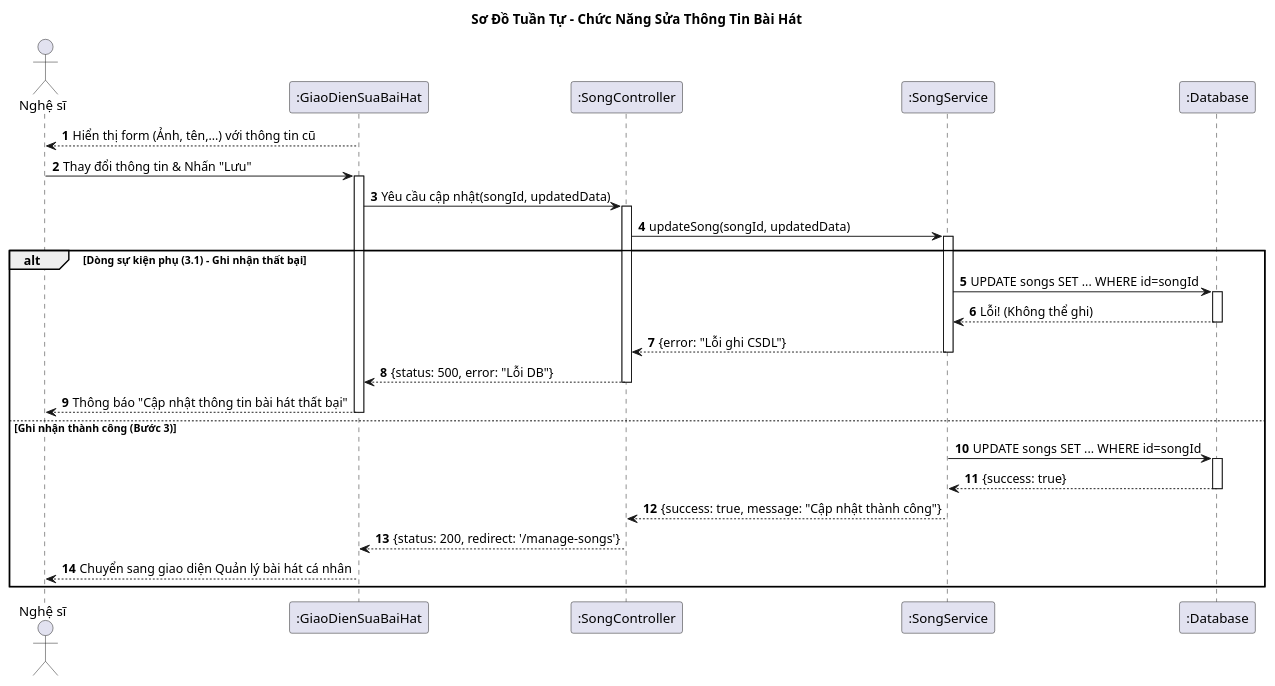
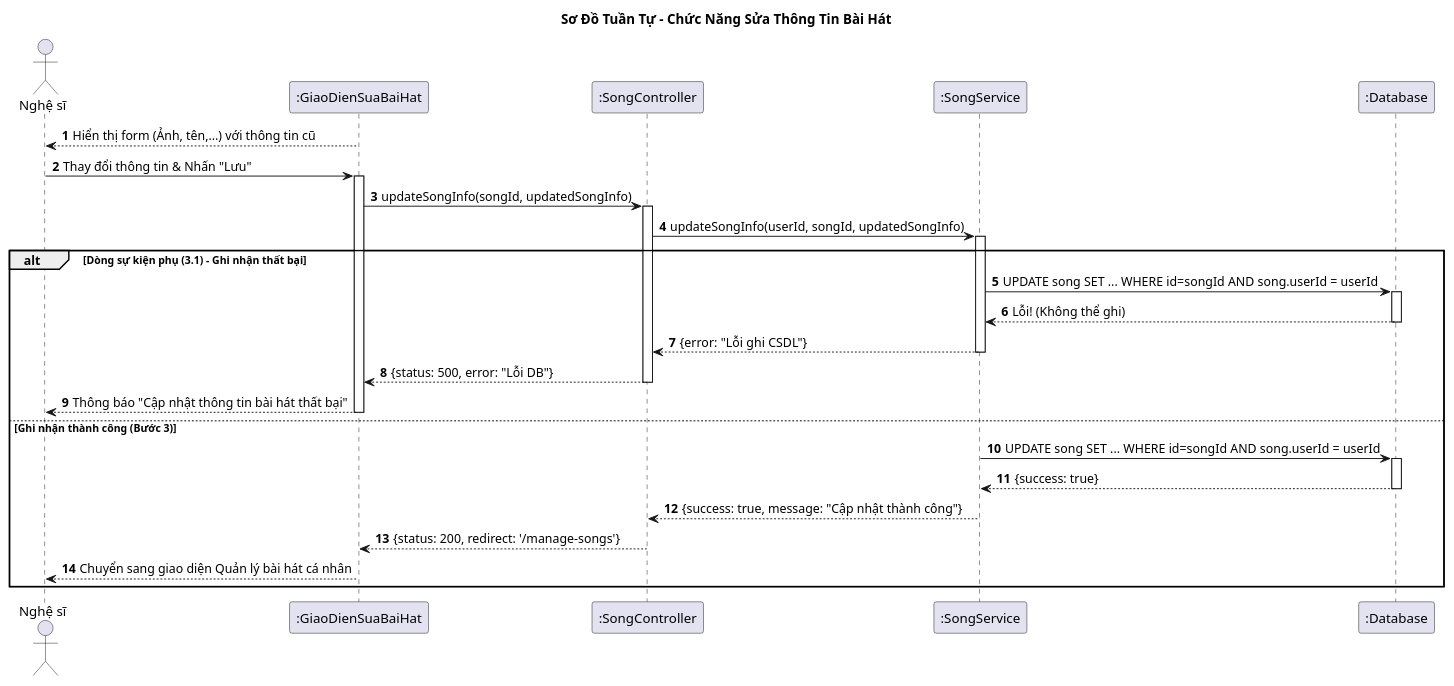
The diagram in Diagrams/SequenceDiagram/EditInformationSongSD.plantuml (vinh047/soundwave), drawn with PlantUML before and after one commit. The commit also changed 8 other files, not shown here.

Commit message:
Sửa Sequence Diagram 7 cái đầu

```diff
--- a/Diagrams/SequenceDiagram/EditInformationSongSD.plantuml
+++ b/Diagrams/SequenceDiagram/EditInformationSongSD.plantuml
@@ -1,55 +1,55 @@
 @startuml Sequence Diagram - Sửa Thông Tin Bài Hát
 
 title Sơ Đồ Tuần Tự - Chức Năng Sửa Thông Tin Bài Hát
 
 actor "Nghệ sĩ" as Artist
 participant ":GiaoDienSuaBaiHat" as UI
 participant ":SongController" as Controller
 participant ":SongService" as Service
 participant ":Database" as DB
 
 autonumber
 
 ' === Dòng sự kiện chính (bước 1): Hiển thị form ===
 ' (Giả định user đã ở trang Sửa thông tin)
 UI --> Artist: Hiển thị form (Ảnh, tên,...) với thông tin cũ
 
 ' === Dòng sự kiện chính (bước 2): Người dùng nhấn Lưu ===
 Artist -> UI: Thay đổi thông tin & Nhấn "Lưu"
 activate UI
-UI -> Controller: Yêu cầu cập nhật(songId, updatedData)
+UI -> Controller: updateSongInfo(songId, updatedSongInfo)
 activate Controller
 
-Controller -> Service: updateSong(songId, updatedData)
+Controller -> Service: updateSongInfo(userId, songId, updatedSongInfo)
 activate Service
 
 ' === Dòng sự kiện (bước 3) & Dòng sự kiện phụ (3.1) ===
 alt Dòng sự kiện phụ (3.1) - Ghi nhận thất bại
-    Service -> DB: UPDATE songs SET ... WHERE id=songId
+    Service -> DB: UPDATE song SET ... WHERE id=songId AND song.userId = userId
     activate DB
     DB --> Service: Lỗi! (Không thể ghi)
     deactivate DB
     Service --> Controller: {error: "Lỗi ghi CSDL"}
     deactivate Service
     Controller --> UI: {status: 500, error: "Lỗi DB"}
     deactivate Controller
     
     UI --> Artist: Thông báo "Cập nhật thông tin bài hát thất bại"
     deactivate UI
 
 else Ghi nhận thành công (Bước 3)
-    Service -> DB: UPDATE songs SET ... WHERE id=songId
+    Service -> DB: UPDATE song SET ... WHERE id=songId AND song.userId = userId
     activate DB
     DB --> Service: {success: true}
     deactivate DB
     Service --> Controller: {success: true, message: "Cập nhật thành công"}
     deactivate Service
     
     ' === Dòng sự kiện chính (bước 4): Chuyển giao diện ===
     Controller --> UI: {status: 200, redirect: '/manage-songs'}
     deactivate Controller
     
     UI --> Artist: Chuyển sang giao diện Quản lý bài hát cá nhân
     deactivate UI
 end
 @enduml
```
